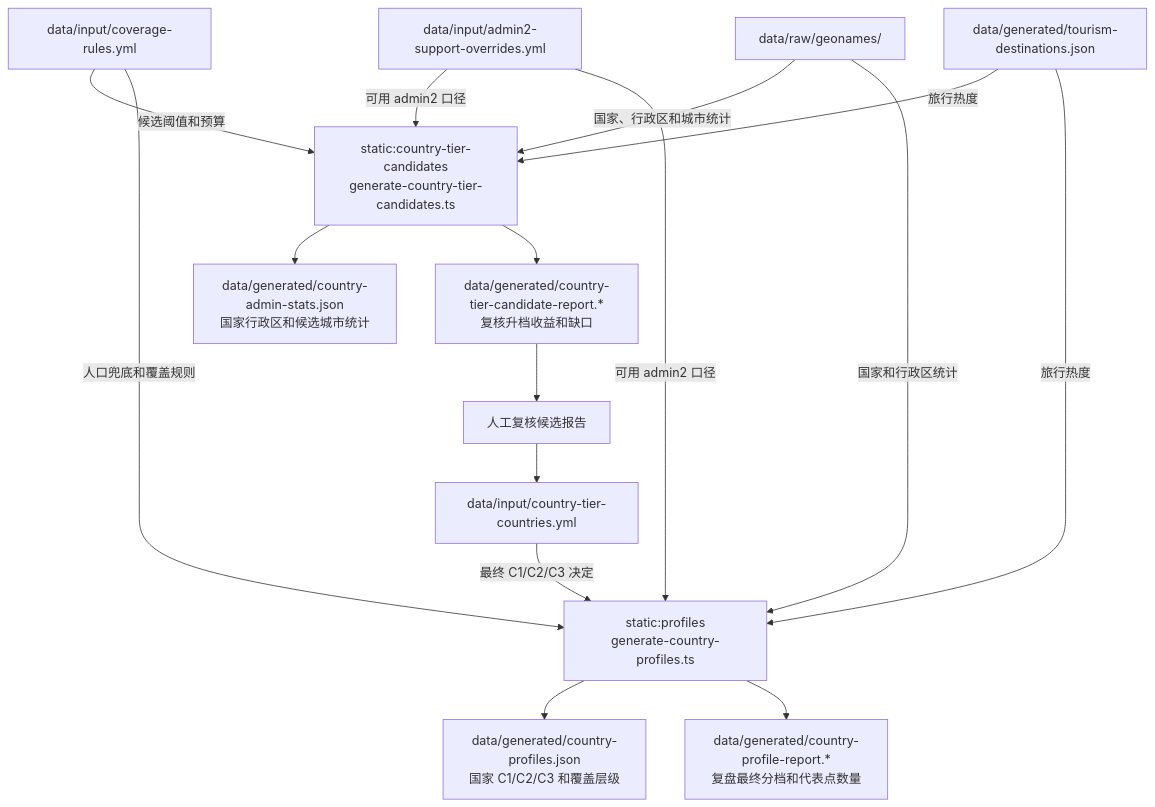
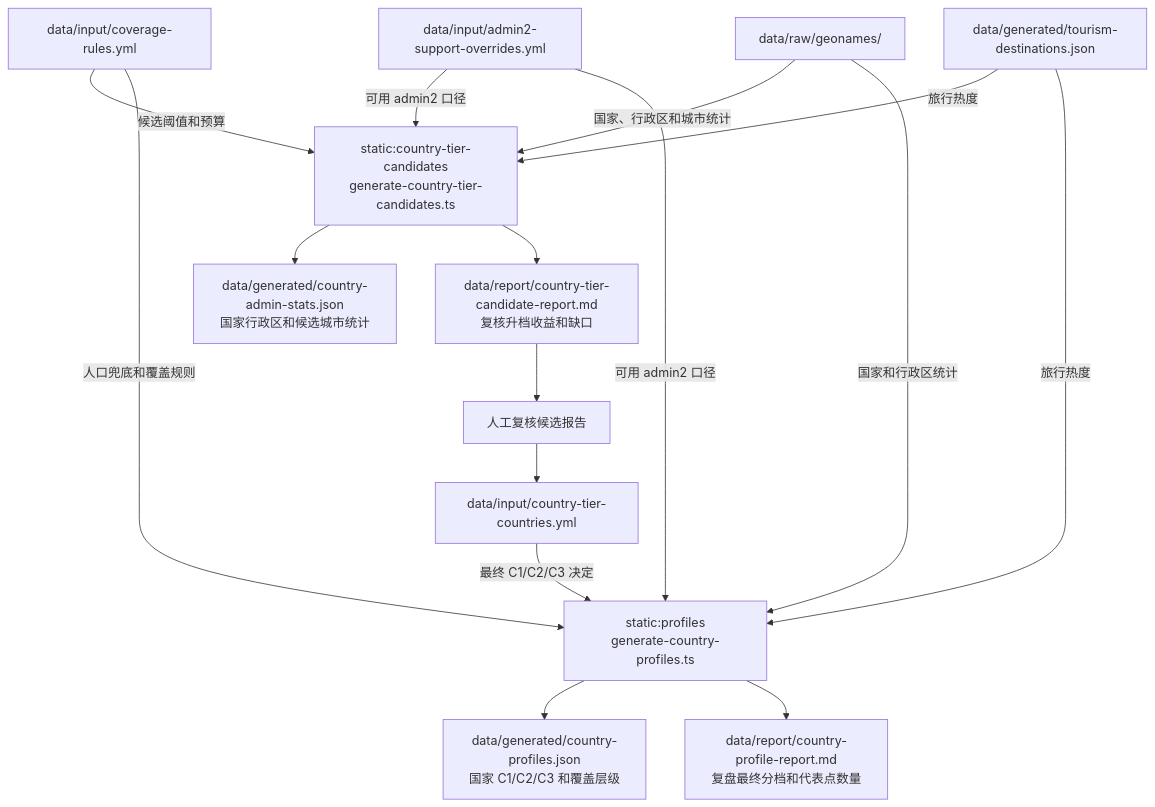
Before and after one commit to xiaomingio/weather-trip: the third of 6 diagrams in docs/specs/31-data-flow.md, drawn with Mermaid. The commit also changed other lines of this file and 29 other files, not shown here.

Commit message:
chore: move data reports out of generated

````diff
--- a/docs/specs/31-data-flow.md
+++ b/docs/specs/31-data-flow.md
@@ -156,29 +156,29 @@
 ```mermaid
 flowchart TB
   coverageRules["data/input/coverage-rules.yml"]
   admin2Support["data/input/admin2-support-overrides.yml"]
   rawGeonames["data/raw/geonames/"]
   tourismGenerated["data/generated/tourism-destinations.json"]
   generateCoverageCandidates["static:country-tier-candidates<br/>generate-country-tier-candidates.ts"]
   countryAdminStats["data/generated/country-admin-stats.json<br/>国家行政区和候选城市统计"]
-  coverageCandidateReport["data/generated/country-tier-candidate-report.*<br/>复核升档收益和缺口"]
+  coverageCandidateReport["data/report/country-tier-candidate-report.md<br/>复核升档收益和缺口"]
   tierReview["人工复核候选报告"]
   coverageTierInput["data/input/country-tier-countries.yml"]
   generateProfiles["static:profiles<br/>generate-country-profiles.ts"]
   profilesData["data/generated/country-profiles.json<br/>国家 C1/C2/C3 和覆盖层级"]
-  profilesReport["data/generated/country-profile-report.*<br/>复盘最终分档和代表点数量"]
+  profilesReport["data/report/country-profile-report.md<br/>复盘最终分档和代表点数量"]
 
   coverageRules -->|候选阈值和预算| generateCoverageCandidates
   admin2Support -->|可用 admin2 口径| generateCoverageCandidates
   rawGeonames -->|国家、行政区和城市统计| generateCoverageCandidates
   tourismGenerated -->|旅行热度| generateCoverageCandidates
   generateCoverageCandidates --> countryAdminStats
   generateCoverageCandidates --> coverageCandidateReport --> tierReview --> coverageTierInput
   coverageTierInput -->|最终 C1/C2/C3 决定| generateProfiles
   coverageRules -->|人口兜底和覆盖规则| generateProfiles
   admin2Support -->|可用 admin2 口径| generateProfiles
   rawGeonames -->|国家和行政区统计| generateProfiles
   tourismGenerated -->|旅行热度| generateProfiles
   generateProfiles --> profilesData
   generateProfiles --> profilesReport
 ```
````
